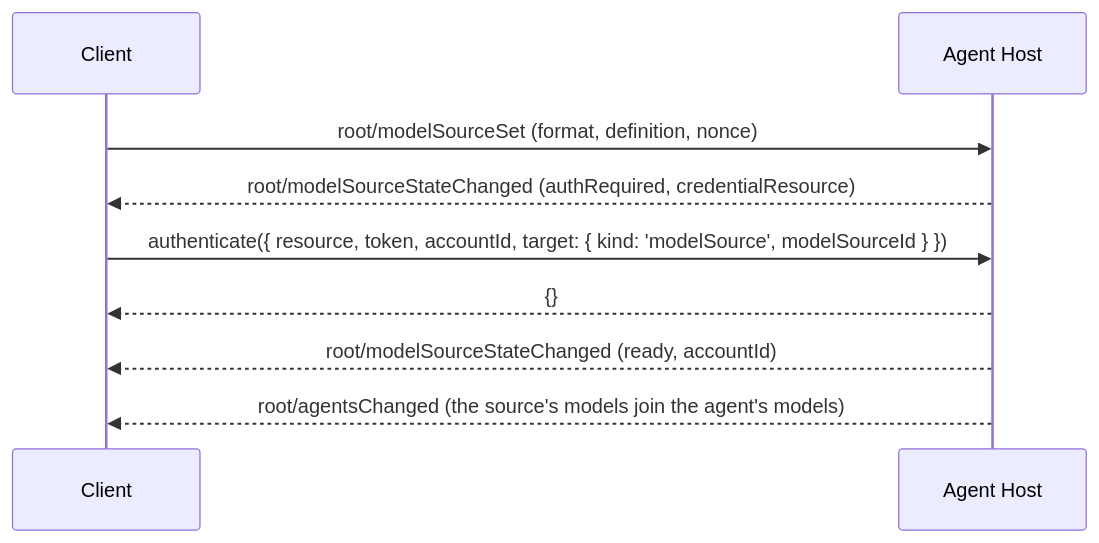
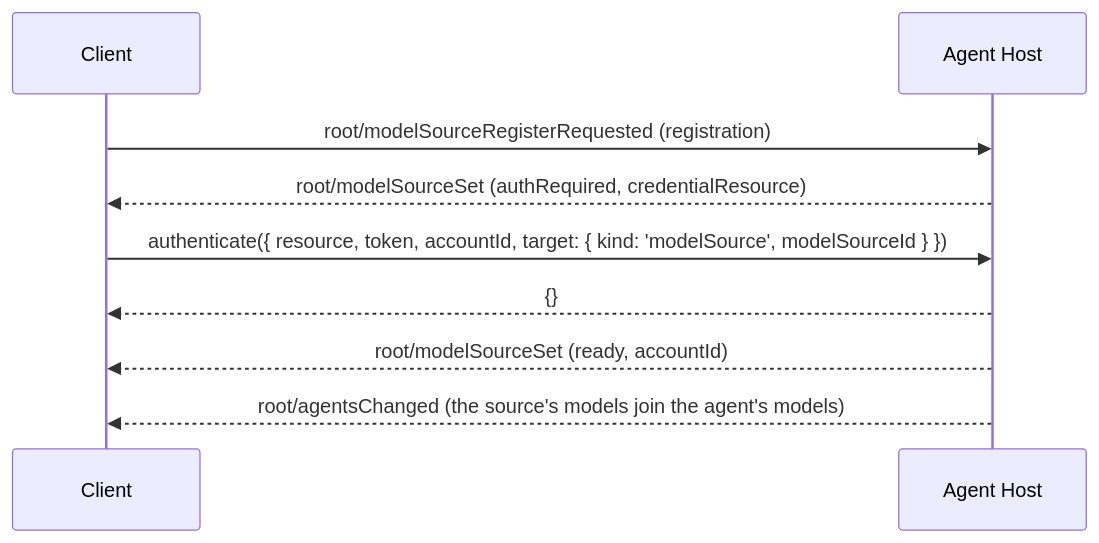
Before and after one commit to microsoft/agent-host-protocol: the second of 2 diagrams in docs/guide/model-sources.md, drawn with Mermaid. The commit also changed other lines of this file and 59 other files, not shown here.

First line of the commit message:
models: register model sources through a request and a host-only Set

````diff
--- a/docs/guide/model-sources.md
+++ b/docs/guide/model-sources.md
@@ -89,14 +85,14 @@
 ```mermaid
 sequenceDiagram
     participant C as Client
     participant H as Agent Host
 
-    C->>H: root/modelSourceSet (format, definition, nonce)
-    H-->>C: root/modelSourceStateChanged (authRequired, credentialResource)
+    C->>H: root/modelSourceRegisterRequested (registration)
+    H-->>C: root/modelSourceSet (authRequired, credentialResource)
 
     C->>H: authenticate({ resource, token, accountId, target: { kind: 'modelSource', modelSourceId } })
     H-->>C: {}
 
-    H-->>C: root/modelSourceStateChanged (ready, accountId)
+    H-->>C: root/modelSourceSet (ready, accountId)
     H-->>C: root/agentsChanged (the source's models join the agent's models)
 ```
````
